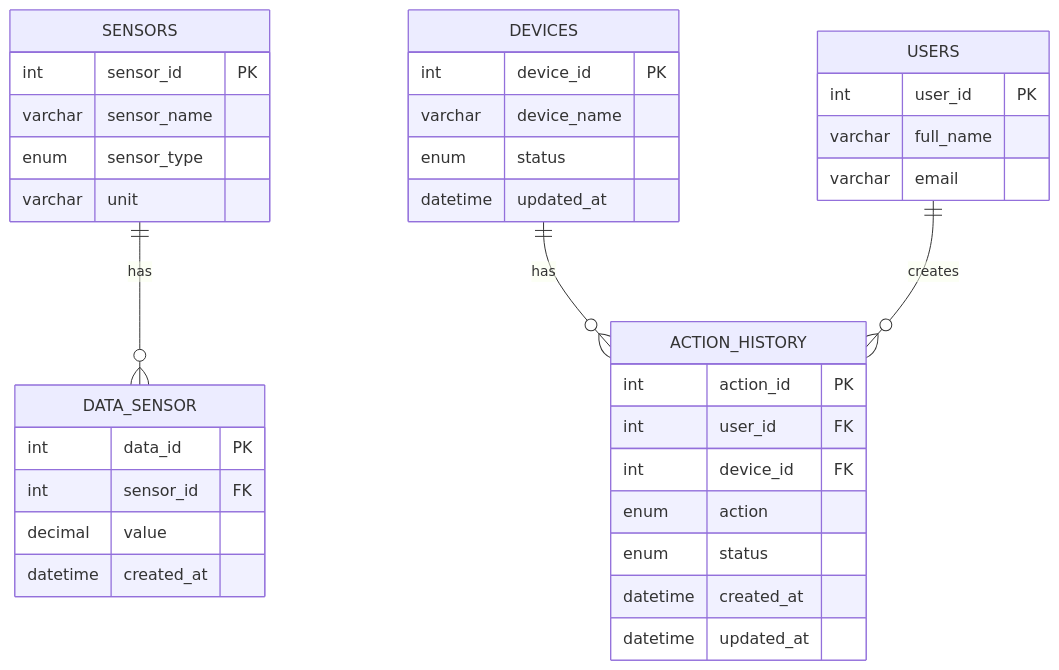
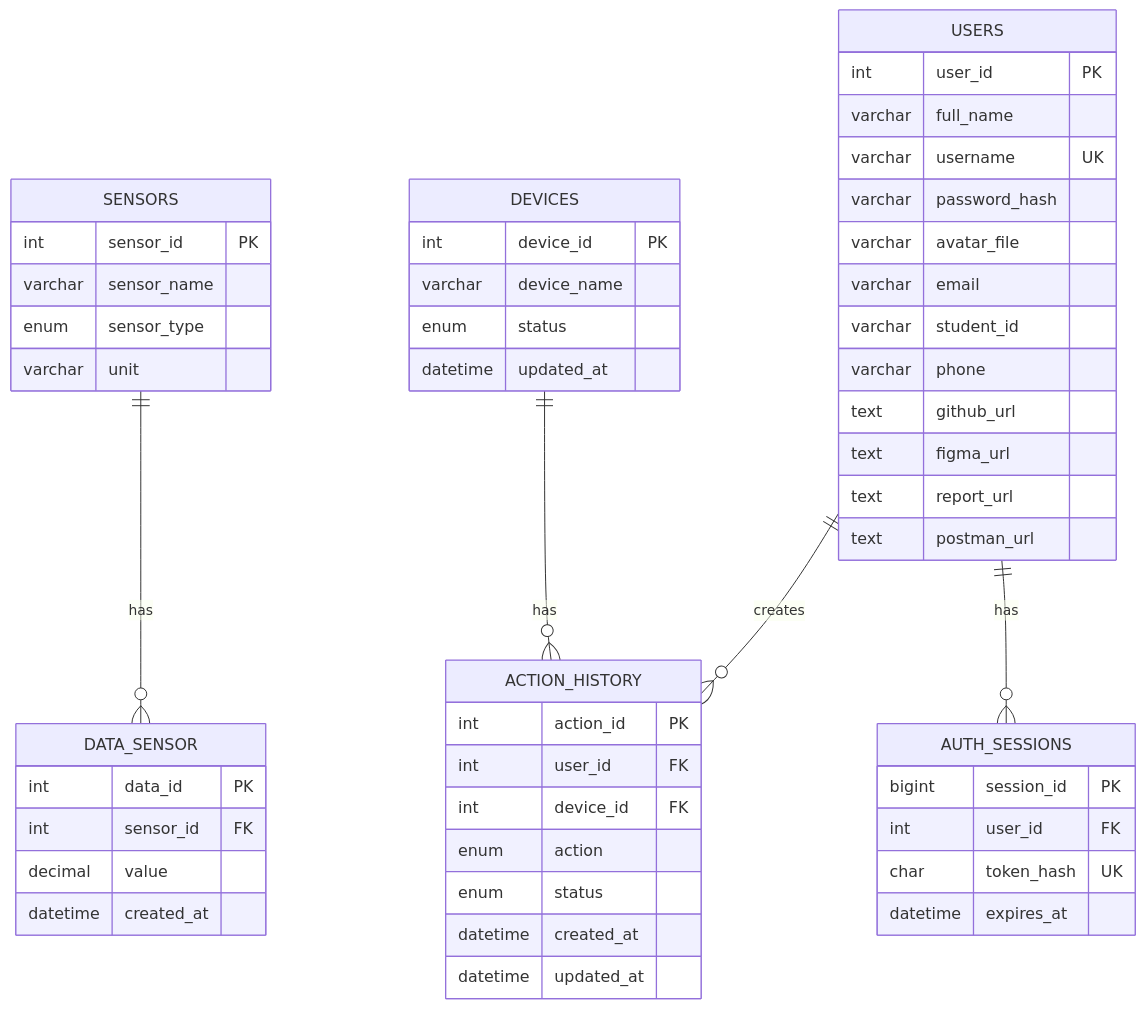
The sixth of 6 diagrams in HUONG_DAN_HOC_BACKEND_IOT.md (NguyenDt05/He_thong_IoT), drawn with Mermaid before and after one commit. The commit also changed other lines of this file and 30 other files, not shown here.

````diff
--- a/HUONG_DAN_HOC_BACKEND_IOT.md
+++ b/HUONG_DAN_HOC_BACKEND_IOT.md
@@ -519,39 +519,55 @@
 ```mermaid
 erDiagram
     SENSORS ||--o{ DATA_SENSOR : has
     DEVICES ||--o{ ACTION_HISTORY : has
     USERS ||--o{ ACTION_HISTORY : creates
+    USERS ||--o{ AUTH_SESSIONS : has
 
     SENSORS {
         int sensor_id PK
         varchar sensor_name
         enum sensor_type
         varchar unit
     }
     DATA_SENSOR {
         int data_id PK
         int sensor_id FK
         decimal value
         datetime created_at
     }
     DEVICES {
         int device_id PK
         varchar device_name
         enum status
         datetime updated_at
     }
     ACTION_HISTORY {
         int action_id PK
         int user_id FK
         int device_id FK
         enum action
         enum status
         datetime created_at
         datetime updated_at
     }
     USERS {
         int user_id PK
         varchar full_name
+        varchar username UK
+        varchar password_hash
+        varchar avatar_file
         varchar email
+        varchar student_id
+        varchar phone
+        text github_url
+        text figma_url
+        text report_url
+        text postman_url
+    }
+    AUTH_SESSIONS {
+        bigint session_id PK
+        int user_id FK
+        char token_hash UK
+        datetime expires_at
     }
 ```
````
